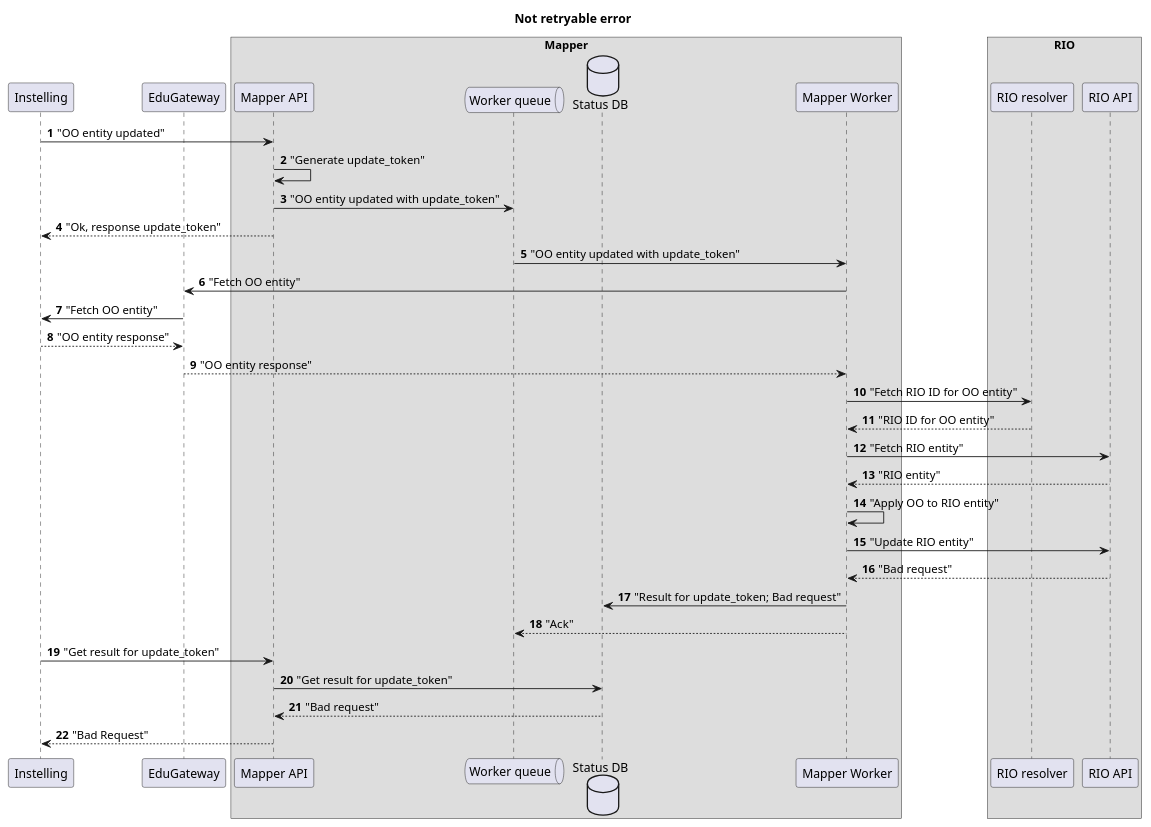
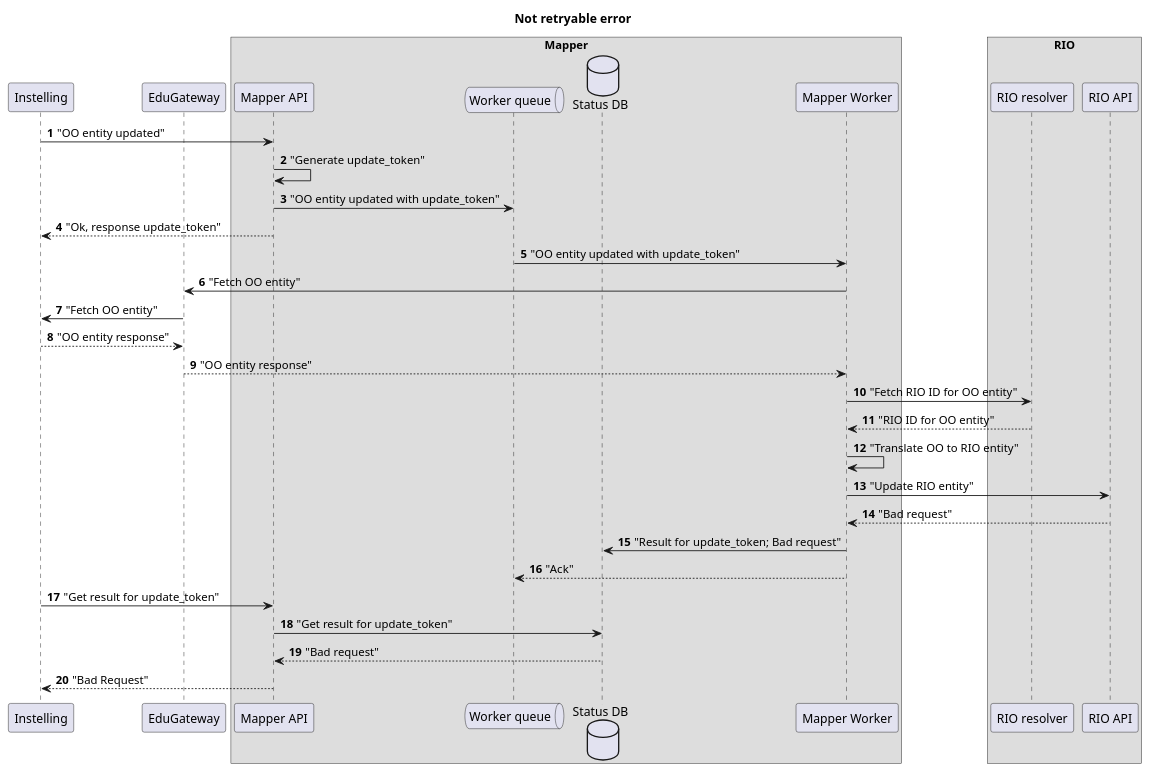
Before and after one commit to jomco/eduhub-rio-mapper: the fifth of 8 diagrams in doc/design/rio-mapper-ontwerp.org, drawn with PlantUML. The commit also changed other lines of this file and 2 other files, not shown here.

Commit message:
We don't fetch and update RIO entities in the normal flow

```diff
--- a/doc/design/rio-mapper-ontwerp.org
+++ b/doc/design/rio-mapper-ontwerp.org
@@ -716,49 +707,47 @@
     #+begin_src plantuml :file (fig-file "diagrams/seq-not-retryable") :exports results
       @startuml
       title "Not retryable error"
 
       participant institute as "Instelling"
       participant gateway as "EduGateway"
 
       box "Mapper"
         participant api as "Mapper API"
         queue queue as "Worker queue"
         database log as "Status DB"
         participant mapper as "Mapper Worker"
       end box
 
       box "RIO"
         participant resolver as "RIO resolver"
         participant duo as "RIO API"
       end box
 
       autonumber
 
       institute -> api : "OO entity updated"
       api -> api : "Generate update_token"
       api -> queue : "OO entity updated with update_token"
       api --> institute : "Ok, response update_token"
 
       queue -> mapper : "OO entity updated with update_token"
       mapper -> gateway : "Fetch OO entity"
       gateway -> institute : "Fetch OO entity"
       institute --> gateway : "OO entity response"
       gateway --> mapper : "OO entity response"
 
       mapper -> resolver : "Fetch RIO ID for OO entity"
       resolver --> mapper : "RIO ID for OO entity"
 
-      mapper -> duo : "Fetch RIO entity"
-      duo --> mapper : "RIO entity"
-      mapper -> mapper : "Apply OO to RIO entity"
+      mapper -> mapper : "Translate OO to RIO entity"
       mapper -> duo : "Update RIO entity"
       duo --> mapper : "Bad request"
       mapper -> log : "Result for update_token; Bad request"
       mapper --> queue : "Ack"
 
       institute -> api : "Get result for update_token"
       api -> log : "Get result for update_token"
       log --> api : "Bad request"
       api --> institute : "Bad Request"
       @enduml
     #+end_src
```
